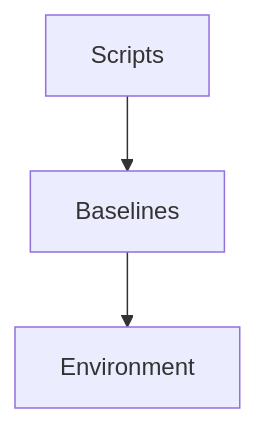
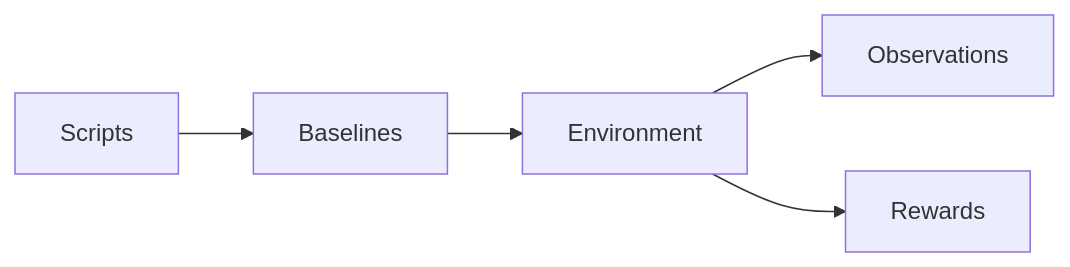
Before and after one commit to Areesha06/Predator-Prey-Archetype-Gridworld-Environment: the first of 2 diagrams in src/baselines/README.md, drawn with Mermaid. The commit also changed other lines of this file and 6 other files, not shown here.

````diff
--- a/src/baselines/README.md
+++ b/src/baselines/README.md
@@ -40,6 +43,9 @@
 ```mermaid
-flowchart TD
+flowchart LR
 
     Scripts --> Baselines
     Baselines --> Environment
+
+    Environment --> Observations
+    Environment --> Rewards
 ```
````
